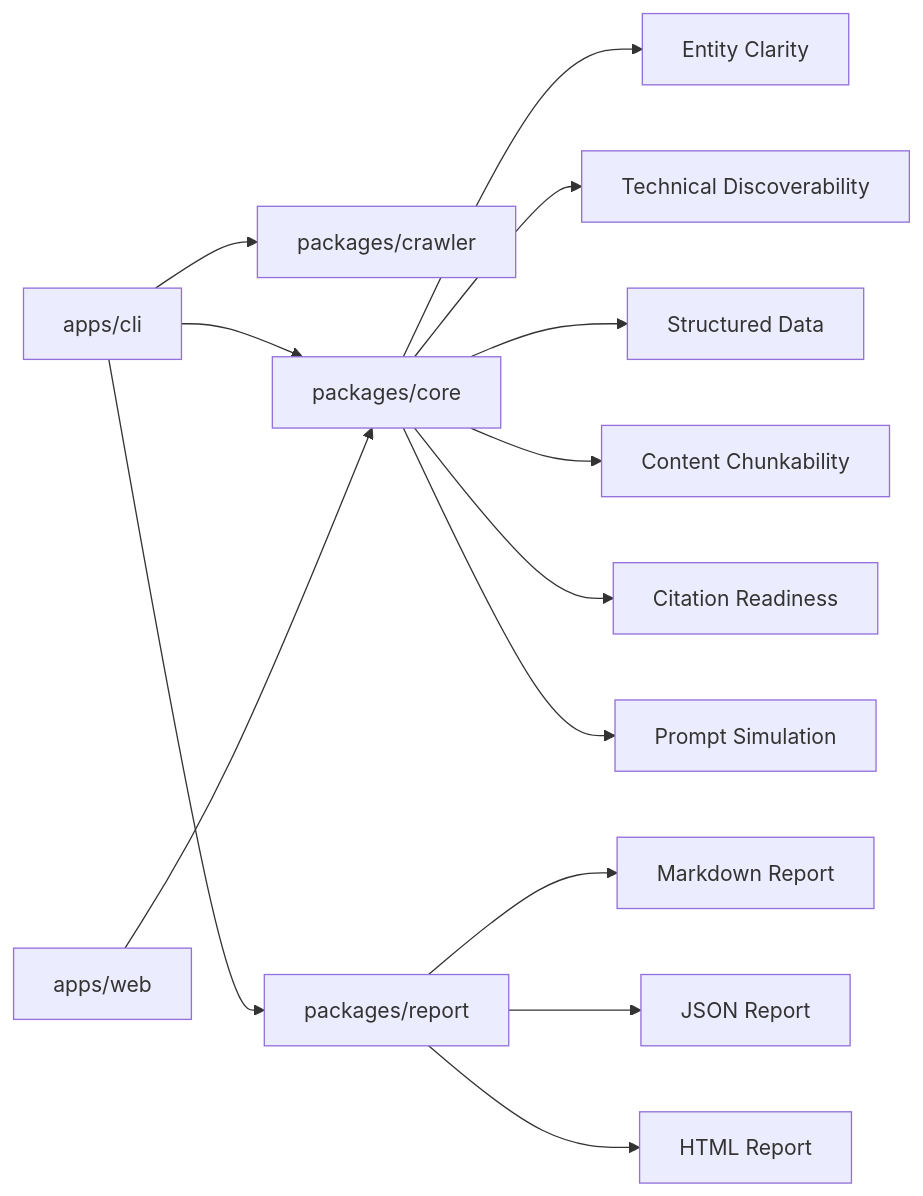
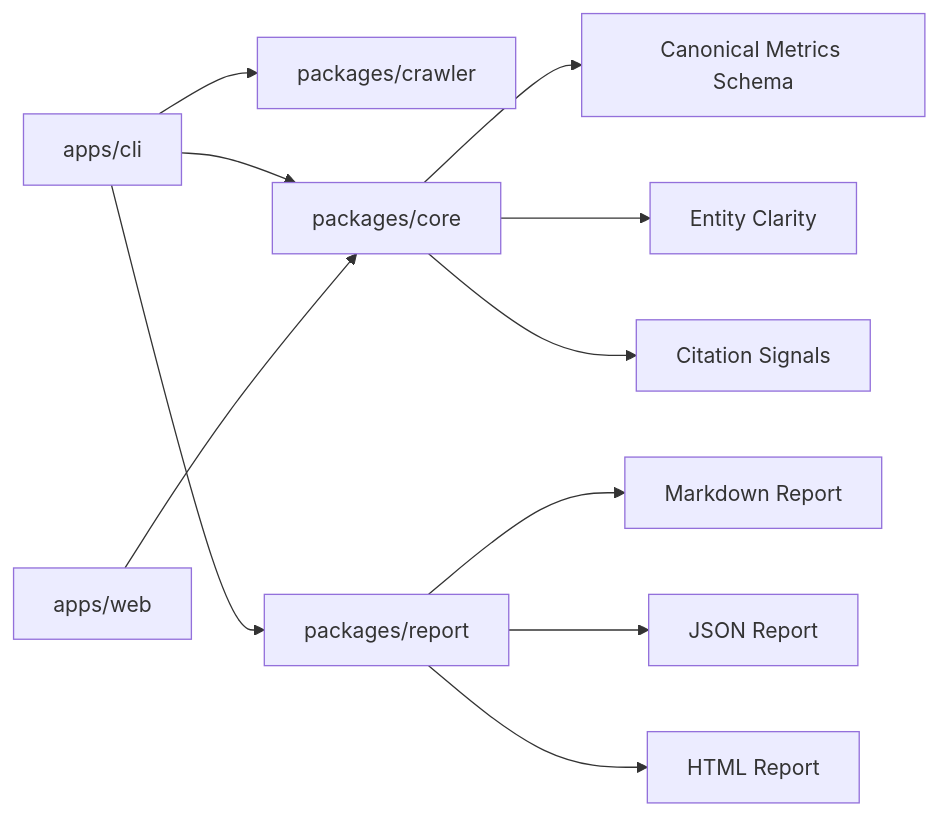
One commit to simonsaysss-blip/openvisi changed the diagram in README.md. Above: the diagram before and after it, drawn with Mermaid. The commit also changed other lines of this file and 26 other files, not shown here.

````diff
--- a/README.md
+++ b/README.md
@@ -131,16 +123,13 @@
 ```mermaid
 flowchart LR
   CLI["apps/cli"] --> Crawler["packages/crawler"]
   CLI --> Core["packages/core"]
   CLI --> Report["packages/report"]
+  Core --> Metrics["Canonical Metrics Schema"]
   Core --> Entity["Entity Clarity"]
-  Core --> Technical["Technical Discoverability"]
-  Core --> Schema["Structured Data"]
-  Core --> Content["Content Chunkability"]
-  Core --> Citation["Citation Readiness"]
-  Core --> Prompt["Prompt Simulation"]
+  Core --> Citation["Citation Signals"]
   Report --> Markdown["Markdown Report"]
   Report --> JSON["JSON Report"]
   Report --> HTML["HTML Report"]
   Web["apps/web"] --> Core
 ```
````
